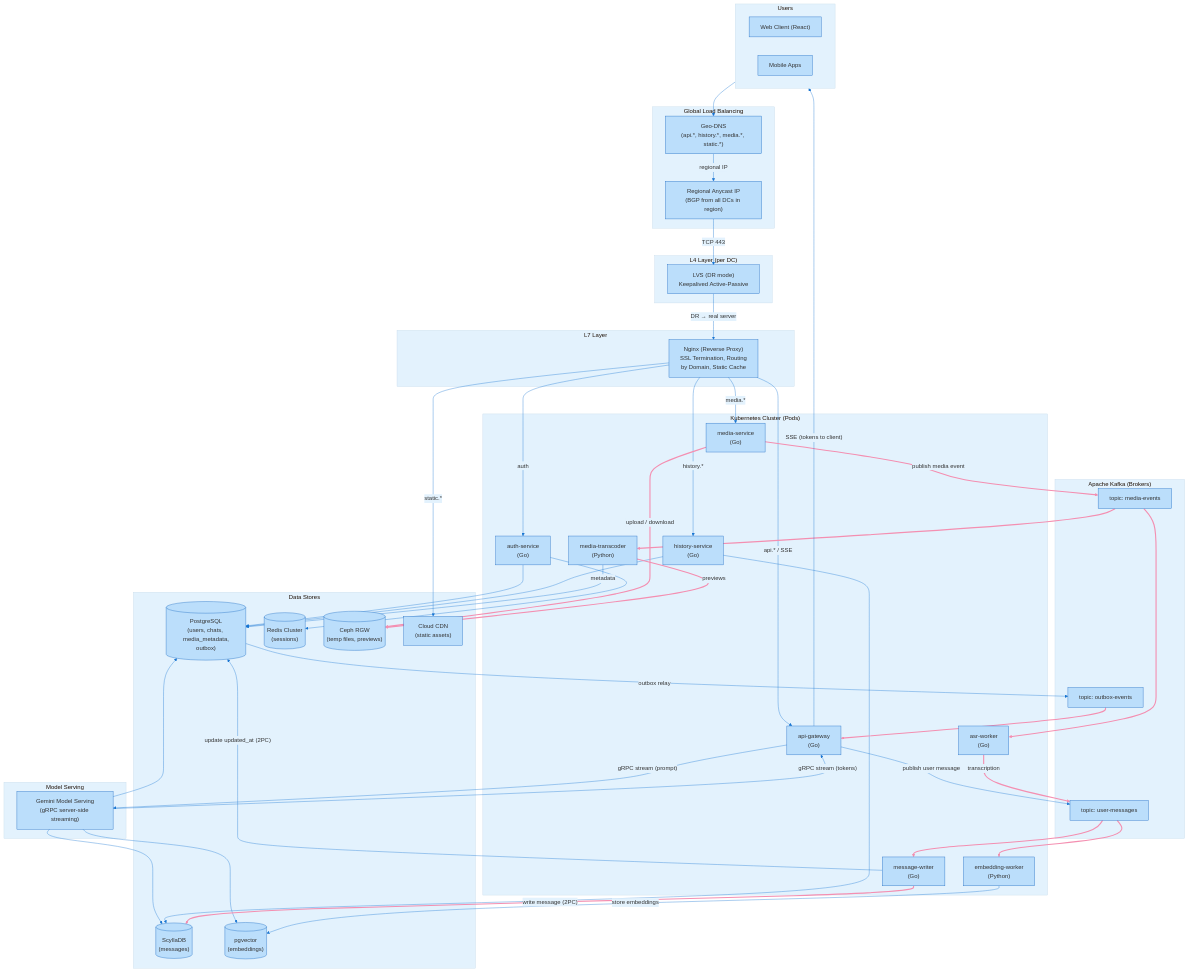
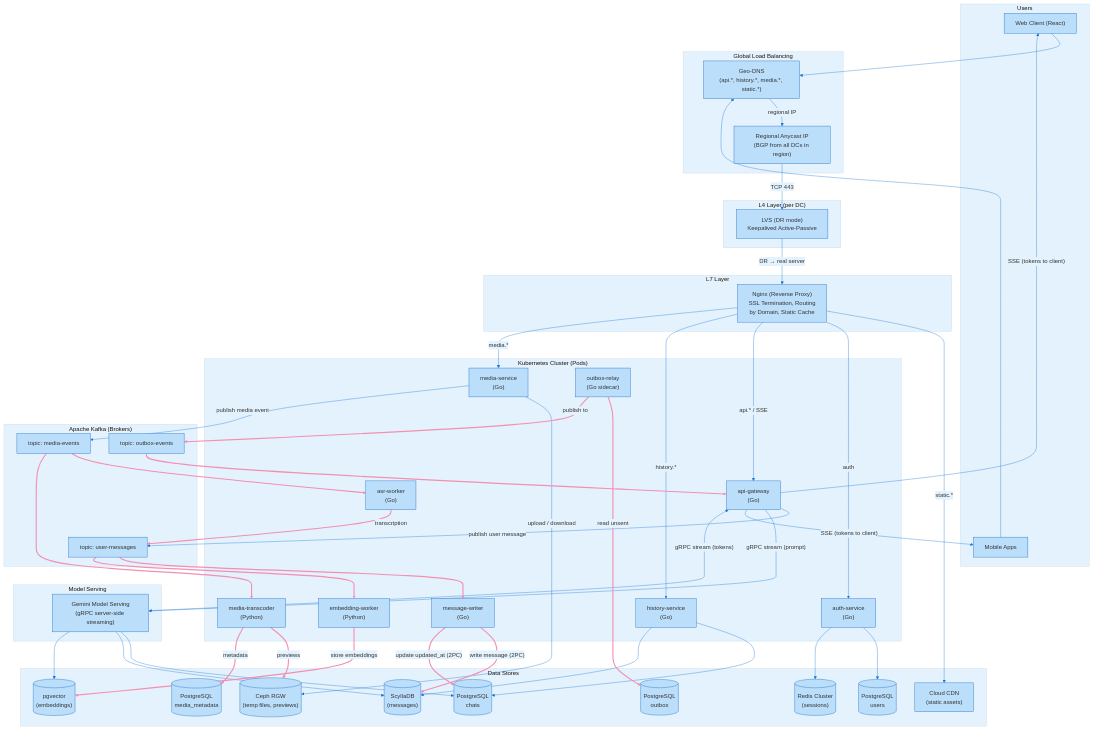
The third of 3 diagrams in README.md (gettingthingsdoneee/gemini_highload), drawn with Mermaid before and after one commit. The commit also changed other lines of this file, not shown here.

````diff
--- a/README.md
+++ b/README.md
@@ -867,6 +867,7 @@
         EmbeddingWorker["embedding‑worker<br>(Python)"]
         ASRWorker["asr‑worker<br>(Go)"]
         MediaTranscoder["media‑transcoder<br>(Python)"]
+        OutboxRelay["outbox‑relay<br>(Go sidecar)"]
     end
 
     subgraph Kafka["Apache Kafka (Brokers)"]
@@ -880,7 +881,10 @@
     end
 
     subgraph DataStores["Data Stores"]
-        PG[("PostgreSQL<br>(users, chats, media_metadata,<br>outbox)")]
+        PG_Users[("PostgreSQL<br>users")]
+        PG_Chats[("PostgreSQL<br>chats")]
+        PG_MediaMeta[("PostgreSQL<br>media_metadata")]
+        PG_Outbox[("PostgreSQL<br>outbox")]
         Scylla[("ScyllaDB<br>(messages)")]
         RedisSessions[("Redis Cluster<br>(sessions)")]
         Pgvector[("pgvector<br>(embeddings)")]
@@ -888,7 +892,8 @@
         CDN["Cloud CDN<br>(static assets)"]
     end
 
-    Clients --> GeoDNS
+    Web --> GeoDNS
+    Mobile --> GeoDNS
     GeoDNS -- "regional IP" --> Anycast
     Anycast -- "TCP 443" --> LVS
     LVS -- "DR → real server" --> NGINX
@@ -899,19 +904,20 @@
     NGINX -- "history.*" --> History
     NGINX -- "media.*" --> MediaService
 
-    Auth --> PG
+    Auth --> PG_Users
     Auth --> RedisSessions
 
     ApiGateway -- "publish user message" --> TopicUser
     ApiGateway -- "gRPC stream (prompt)" --> GeminiModel
     GeminiModel -- "gRPC stream (tokens)" --> ApiGateway
-    ApiGateway -- "SSE (tokens to client)" --> Clients
+    ApiGateway -- "SSE (tokens to client)" --> Web
+    ApiGateway -- "SSE (tokens to client)" --> Mobile
 
-    GeminiModel --> PG
+    GeminiModel --> PG_Chats
     GeminiModel --> Scylla
     GeminiModel --> Pgvector
 
-    History --> PG
+    History --> PG_Chats
     History --> Scylla
 
     MediaService -- "upload / download" --> CephRGW
@@ -924,18 +930,17 @@
     TopicOutbox --> ApiGateway
 
     MessageWriter -- "write message (2PC)" --> Scylla
-    MessageWriter -- "update updated_at (2PC)" --> PG
+    MessageWriter -- "update updated_at (2PC)" --> PG_Chats
 
     EmbeddingWorker -- "store embeddings" --> Pgvector
 
     ASRWorker -- "transcription" --> TopicUser
 
     MediaTranscoder -- "previews" --> CephRGW
-    MediaTranscoder -- "metadata" --> PG
+    MediaTranscoder -- "metadata" --> PG_MediaMeta
 
-    PG -- "outbox relay" --> TopicOutbox
+    OutboxRelay -- "read unsent" --> PG_Outbox
+    OutboxRelay -- "publish to" --> TopicOutbox
 
-    linkStyle 20,21,22,23 stroke:#f48fb1,stroke-width:3px
-    linkStyle 24,25,26,27 stroke:#f48fb1,stroke-width:3px
-    linkStyle 30,31 stroke:#f48fb1,stroke-width:3px
+    linkStyle 24,25,26,27,28,29,30,31,32,33,34,35,36 stroke:#f48fb1,stroke-width:3px
 ```
````
